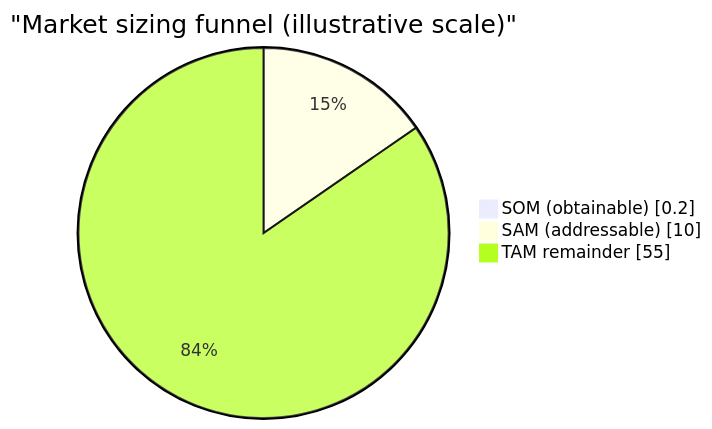
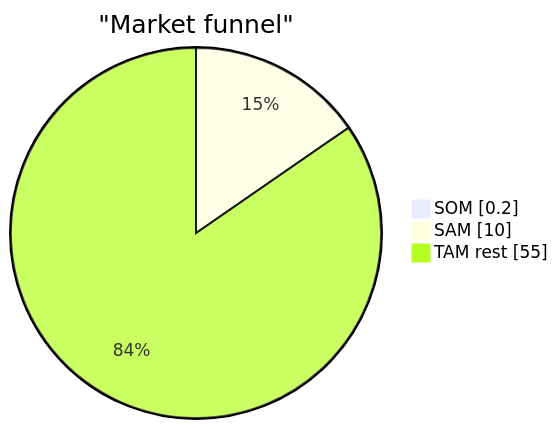
The diagram in Documentation/Diagrams/mermaid-src/improved diagrams/fig-market-tam-pie.mmd (Yuvraajrahman/Cryto-World-Bank), drawn with Mermaid before and after one commit. The commit also changed 115 other files, not shown here.

Commit message:
updated and fixed diagrams

```diff
--- a/Documentation/Diagrams/mermaid-src/improved diagrams/fig-market-tam-pie.mmd
+++ b/Documentation/Diagrams/mermaid-src/improved diagrams/fig-market-tam-pie.mmd
@@ -1,5 +1,5 @@
 pie showData
-    title "Market sizing funnel (illustrative scale)"
-    "SOM (obtainable)" : 0.2
-    "SAM (addressable)" : 10
-    "TAM remainder" : 55
+    title "Market funnel"
+    "SOM" : 0.2
+    "SAM" : 10
+    "TAM rest" : 55
```
